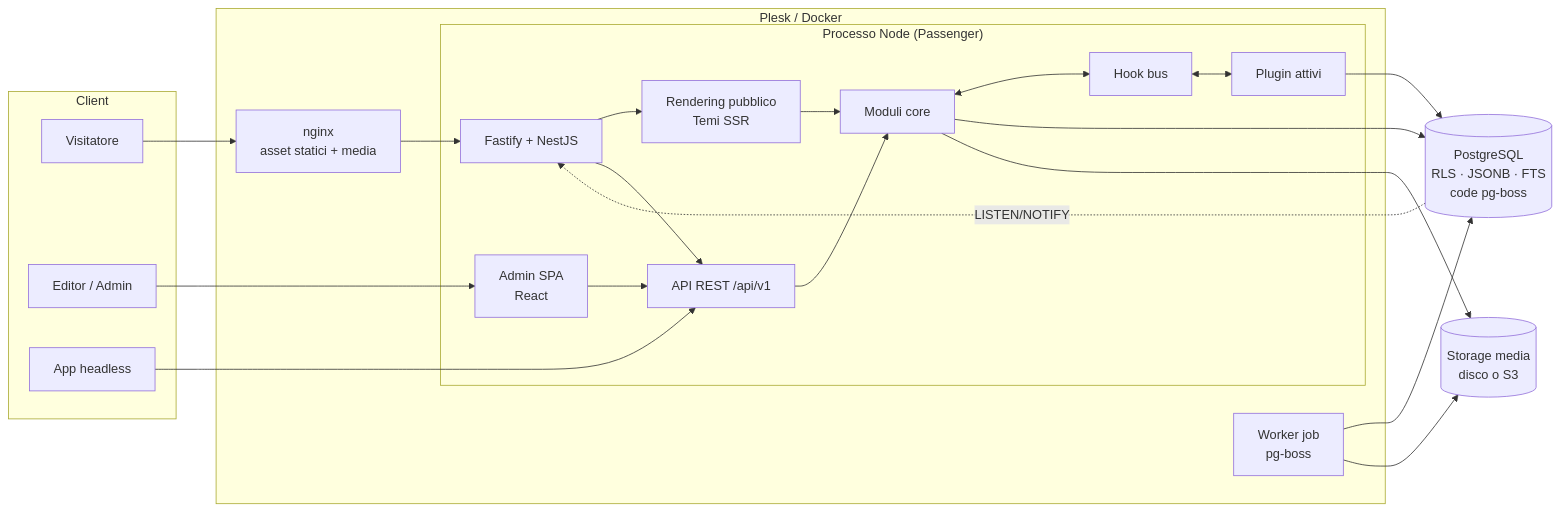
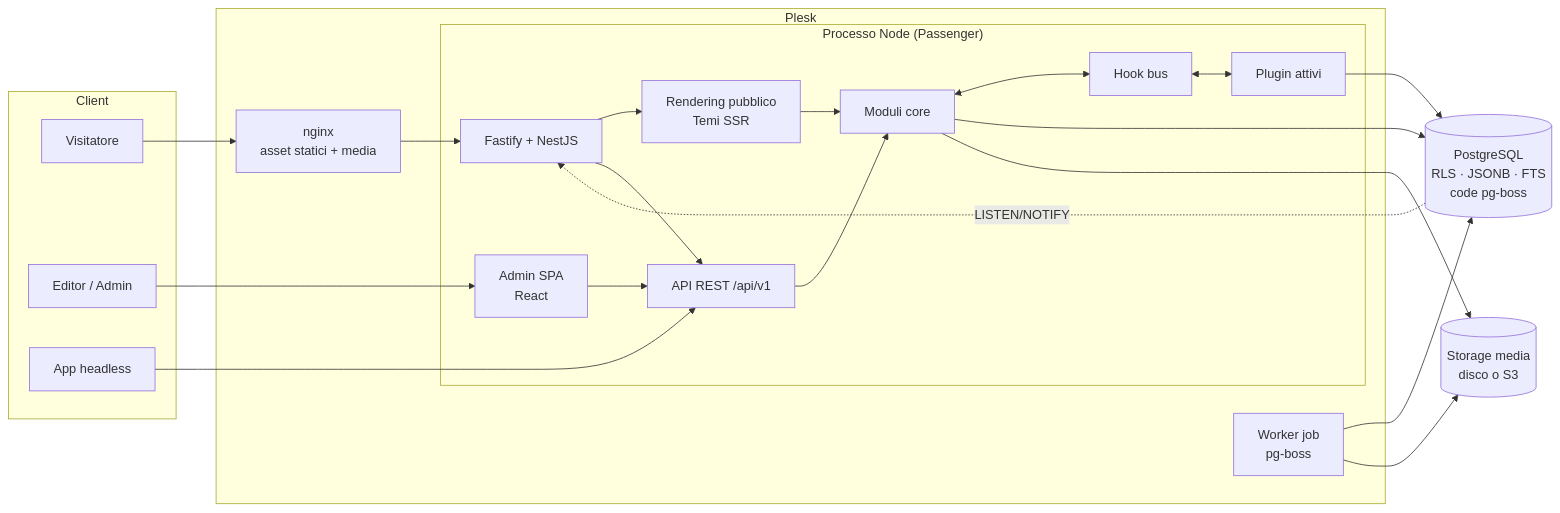
One commit to faghy/cleitext changed the first of 6 diagrams in docs/it/ARCHITETTURA.md. Above: the diagram before and after it, drawn with Mermaid. The commit also changed other lines of this file and 69 other files, not shown here.

````diff
--- a/docs/it/ARCHITETTURA.md
+++ b/docs/it/ARCHITETTURA.md
@@ -110,37 +111,37 @@
 ```mermaid
 flowchart LR
     subgraph Client
-        V[Visitatore] 
+        V[Visitatore]
         E[Editor / Admin]
         H[App headless]
     end
 
-    subgraph Plesk["Plesk / Docker"]
+    subgraph Plesk["Plesk"]
         NG[nginx<br/>asset statici + media]
         subgraph App["Processo Node (Passenger)"]
             HTTP[Fastify + NestJS]
             PUB[Rendering pubblico<br/>Temi SSR]
             API[API REST /api/v1]
             ADM[Admin SPA<br/>React]
             CORE[Moduli core]
             PLG[Plugin attivi]
             HK[Hook bus]
         end
         WK[Worker job<br/>pg-boss]
     end
 
     DB[(PostgreSQL<br/>RLS · JSONB · FTS<br/>code pg-boss)]
     FS[(Storage media<br/>disco o S3)]
 
     V --> NG --> HTTP
     E --> ADM --> API
     H --> API
     HTTP --> PUB & API
     PUB & API --> CORE
     CORE <--> HK <--> PLG
     CORE --> DB
     PLG --> DB
     CORE --> FS
     WK --> DB & FS
     DB -. LISTEN/NOTIFY .-> HTTP
 ```
````
